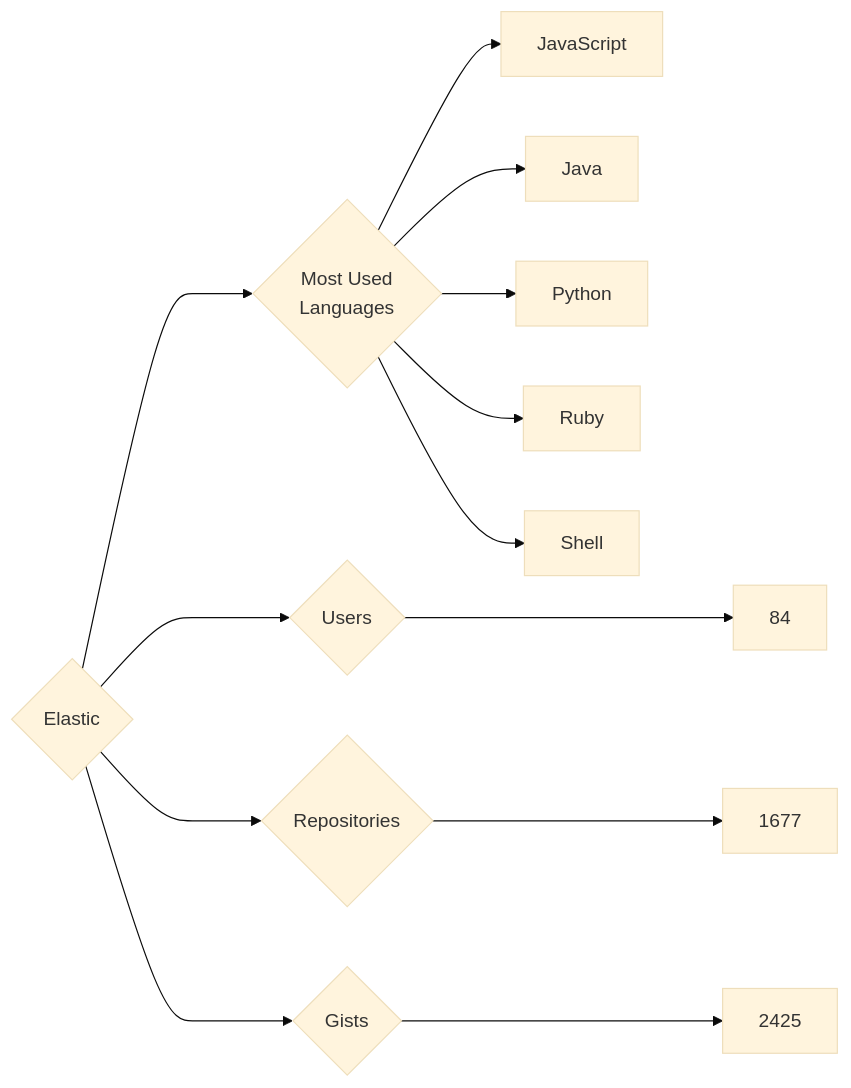
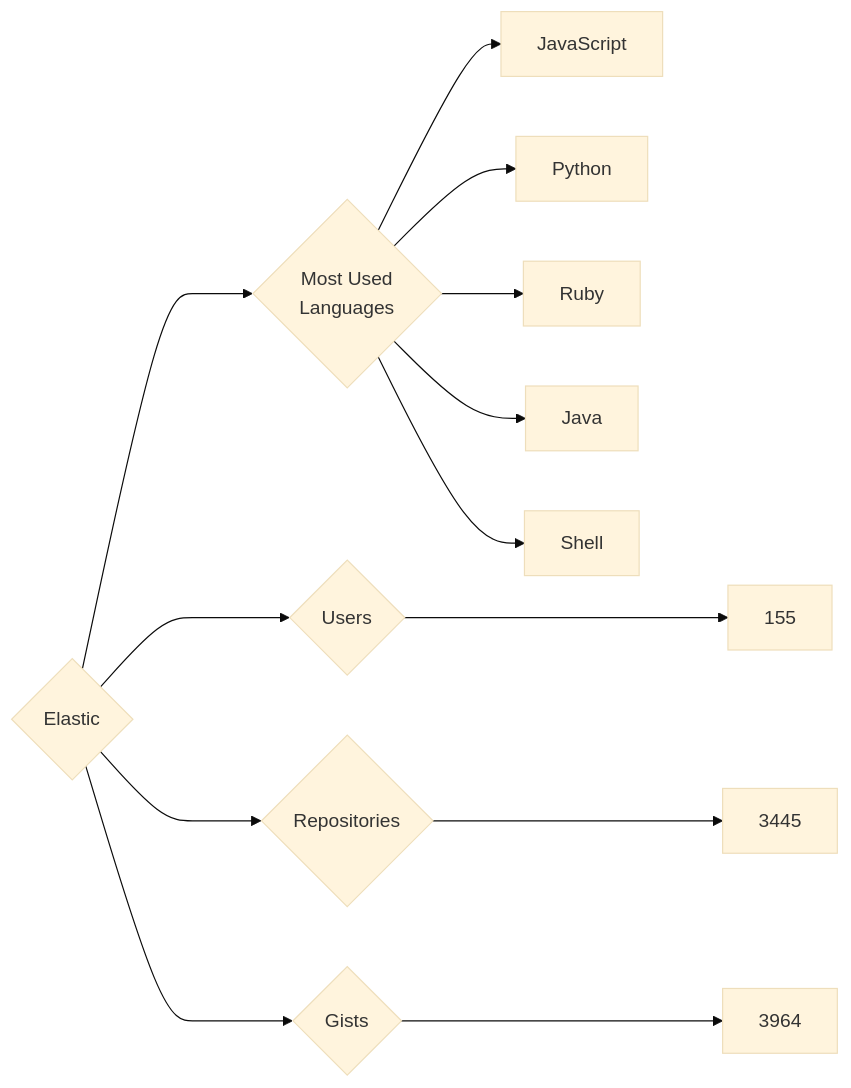
Before and after one commit to trickest/insiders: the diagram in targets/Elastic/README.md, drawn with Mermaid (base theme). The commit also changed 749 other files, not shown here.

````diff
--- a/targets/Elastic/README.md
+++ b/targets/Elastic/README.md
@@ -3,13 +3,13 @@
 ```mermaid
 graph LR
 COMPANY_NAME{Elastic}
-COMPANY_NAME ---> U{Users} ---> UN[84]
-COMPANY_NAME ---> R{Repositories} ---> RN[1677]
-COMPANY_NAME ---> G{Gists} ---> GN[2425]
+COMPANY_NAME ---> U{Users} ---> UN[155]
+COMPANY_NAME ---> R{Repositories} ---> RN[3445]
+COMPANY_NAME ---> G{Gists} ---> GN[3964]
 COMPANY_NAME ---> ML{Most Used<br>Languages}
 ML --> JavaScript[JavaScript]
-ML --> Java[Java]
 ML --> Python[Python]
 ML --> Ruby[Ruby]
+ML --> Java[Java]
 ML --> Shell[Shell]
 ```
````
